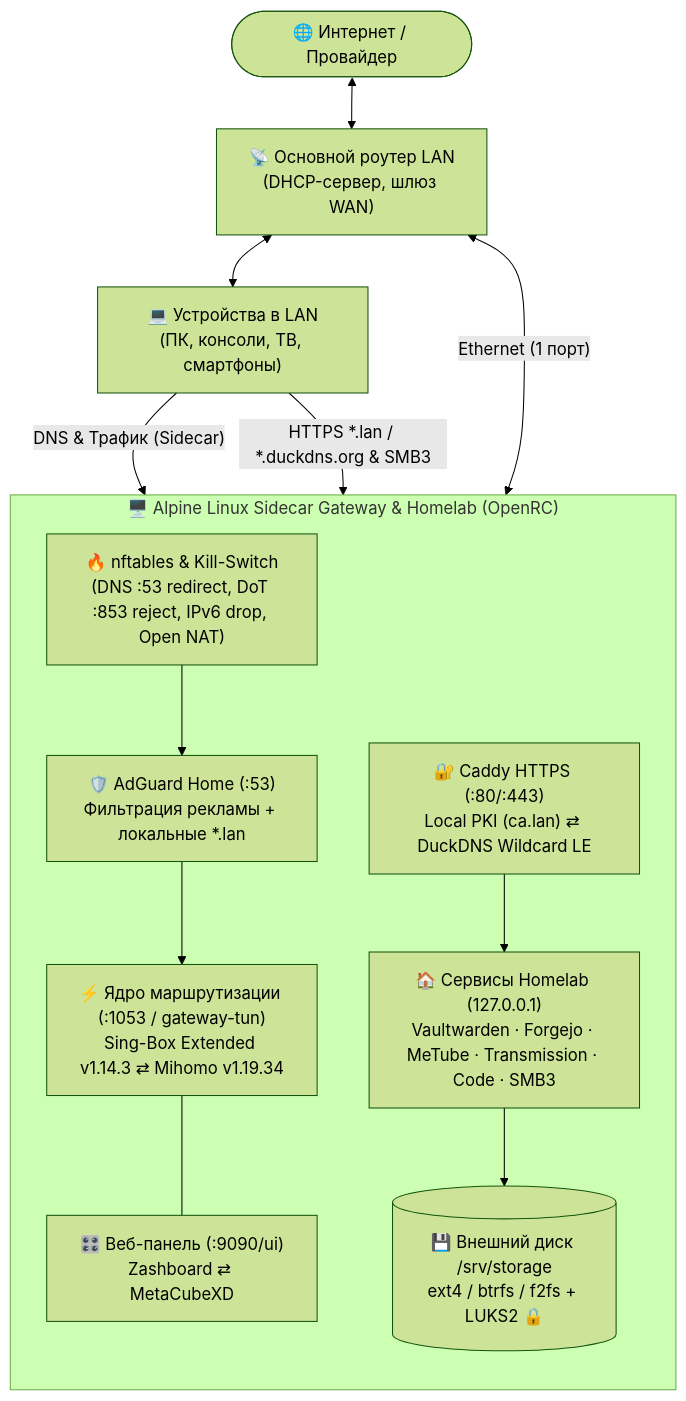
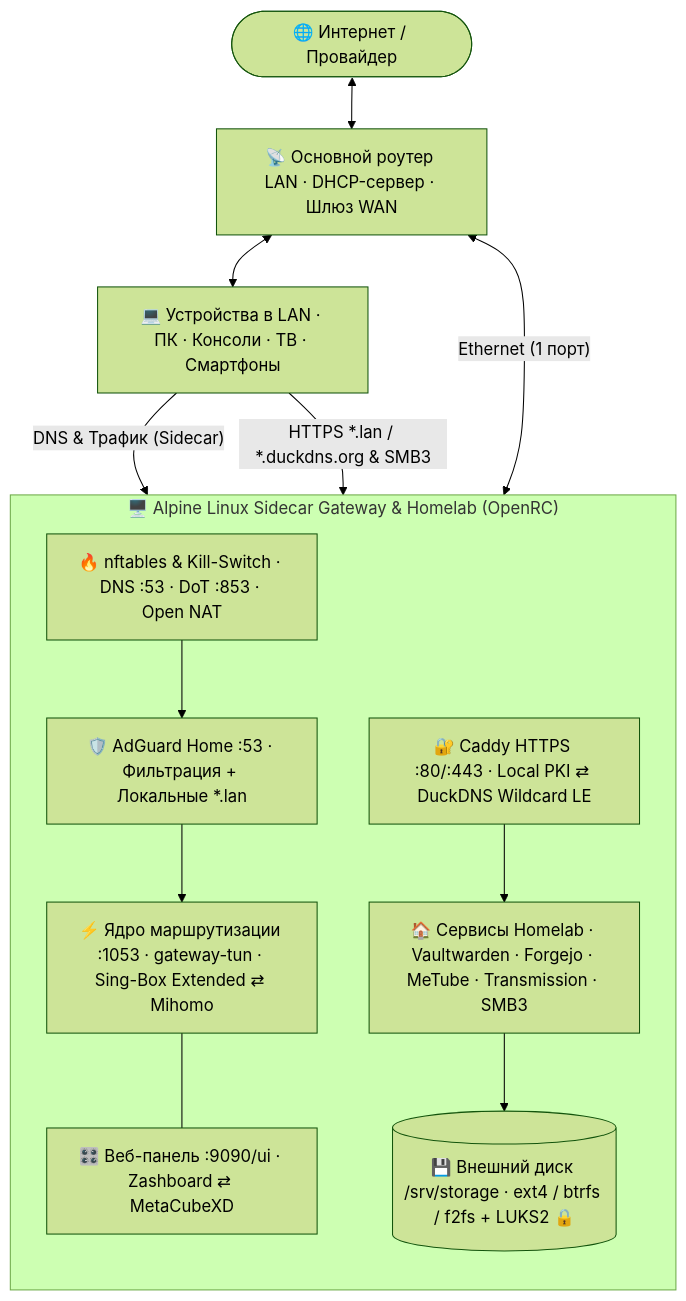
The diagram in README.ru.md (unknownpeace/lol), drawn with Mermaid (forest theme) before and after one commit. The commit also changed other lines of this file and 11 other files, not shown here.

Commit message:
docs: complete GitHub community standards, CHANGELOG, fix README links & Mermaid

````diff
--- a/README.ru.md
+++ b/README.ru.md
@@ -49,25 +49,25 @@
 ```mermaid
 flowchart TB
-    ISP(["🌐 Интернет / Провайдер"]) <--> RTR["📡 Основной роутер LAN\n(DHCP-сервер, шлюз WAN)"]
+    ISP(["🌐 Интернет / Провайдер"]) <--> RTR["📡 Основной роутер LAN · DHCP-сервер · Шлюз WAN"]
     RTR <-->|"Ethernet (1 порт)"| GW
-    RTR <--> LAN["💻 Устройства в LAN\n(ПК, консоли, ТВ, смартфоны)"]
+    RTR <--> LAN["💻 Устройства в LAN · ПК · Консоли · ТВ · Смартфоны"]
 
     subgraph GW ["🖥️ Alpine Linux Sidecar Gateway & Homelab (OpenRC)"]
         direction TB
-        NFT["🔥 nftables & Kill-Switch\n(DNS :53 redirect, DoT :853 reject, IPv6 drop, Open NAT)"]
-        AGH["🛡️ AdGuard Home (:53)\nФильтрация рекламы + локальные *.lan"]
-        CORE["⚡ Ядро маршрутизации (:1053 / gateway-tun)\nSing-Box Extended v1.14.3 ⇄ Mihomo v1.19.34"]
-        UI["🎛️ Веб-панель (:9090/ui)\nZashboard ⇄ MetaCubeXD"]
-        CADDY["🔐 Caddy HTTPS (:80/:443)\nLocal PKI (ca.lan) ⇄ DuckDNS Wildcard LE"]
-        HL["🏠 Сервисы Homelab (127.0.0.1)\nVaultwarden · Forgejo · MeTube · Transmission · Code · SMB3"]
-        LUKS[("💾 Внешний диск /srv/storage\next4 / btrfs / f2fs + LUKS2 🔒")]
+        NFT["🔥 nftables & Kill-Switch · DNS :53 · DoT :853 · Open NAT"]
+        AGH["🛡️ AdGuard Home :53 · Фильтрация + Локальные *.lan"]
+        CORE["⚡ Ядро маршрутизации :1053 · gateway-tun · Sing-Box Extended ⇄ Mihomo"]
+        UI["🎛️ Веб-панель :9090/ui · Zashboard ⇄ MetaCubeXD"]
+        CADDY["🔐 Caddy HTTPS :80/:443 · Local PKI ⇄ DuckDNS Wildcard LE"]
+        HL["🏠 Сервисы Homelab · Vaultwarden · Forgejo · MeTube · Transmission · SMB3"]
+        LUKS[("💾 Внешний диск /srv/storage · ext4 / btrfs / f2fs + LUKS2 🔒")]
 
         NFT --> AGH --> CORE
         CORE --- UI
         CADDY --> HL
         HL --> LUKS
     end
 
     LAN -->|"DNS & Трафик (Sidecar)"| NFT
     LAN -->|"HTTPS *.lan / *.duckdns.org & SMB3"| CADDY
 ```
````
